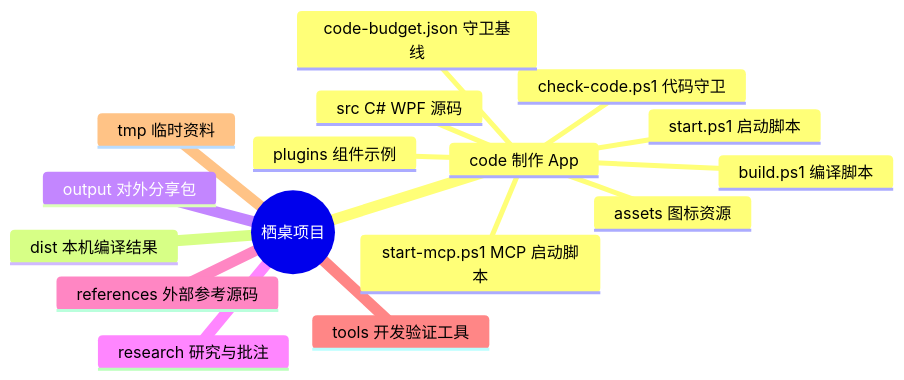
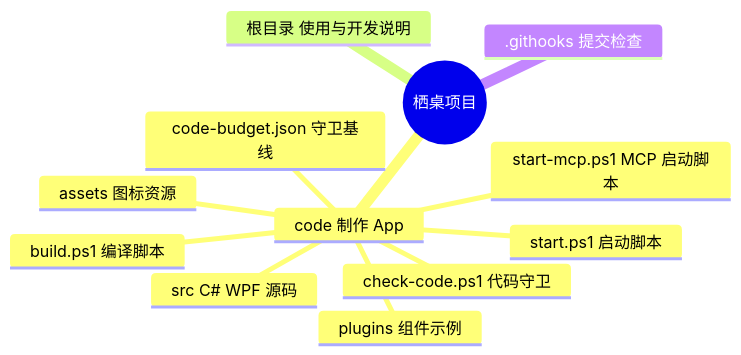
One commit to Oxygen-Wang/AI-Desktop changed the diagram in PROJECT_MAP.md. Above: the diagram before and after it, drawn with Mermaid. The commit also changed other lines of this file and 81 other files, not shown here.

````diff
--- a/PROJECT_MAP.md
+++ b/PROJECT_MAP.md
@@ -5,19 +5,15 @@
 ```mermaid
 mindmap
   root((栖桌项目))
     code 制作 App
       src C# WPF 源码
       assets 图标资源
       plugins 组件示例
       build.ps1 编译脚本
       check-code.ps1 代码守卫
       code-budget.json 守卫基线
       start.ps1 启动脚本
       start-mcp.ps1 MCP 启动脚本
-    dist 本机编译结果
-    output 对外分享包
-    research 研究与批注
-    references 外部参考源码
-    tools 开发验证工具
-    tmp 临时资料
+    根目录 使用与开发说明
+    .githooks 提交检查
 ```
````
